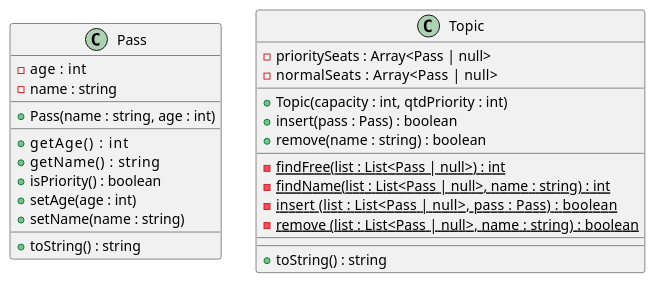
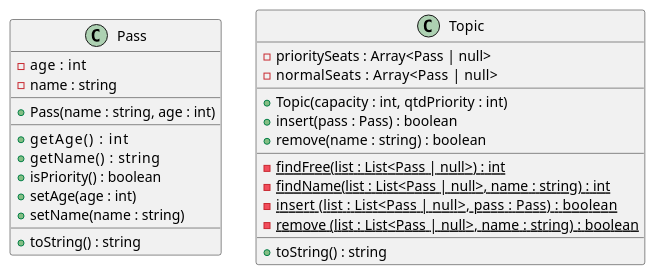
One commit to qxcodepoo/arcade changed the diagram in base/012/.cache/Readme.md. Above: the diagram before and after it, drawn with PlantUML. The commit also changed other lines of this file and 16 other files, not shown here.

````diff
--- a/base/012/.cache/Readme.md
+++ b/base/012/.cache/Readme.md
@@ -53,56 +53,57 @@
 ```plantuml
 class Pass {
   - age  : int
   - name : string
   __
   + Pass(name : string, age : int)
   __
   + getAge()     : int
   + getName()    : string
+  '
+  ' return true se o passageiro tem mais de 64 anos
   + isPriority() : boolean
   + setAge(age : int)
   + setName(name : string)
   __
   + toString() : string
 }
 
 class Topic {
   - prioritySeats : Array<Pass | null>
   - normalSeats   : Array<Pass | null>
   __
   '
   ' inicia prioritySeats com qtdPriority nulls
   ' inicia normalSeats com (capacity - qtdPriority) nulls
   + Topic(capacity : int, qtdPriority : int)
   '
   ' verifica se já está na topic
   ' utilize o método estático para realizar as inserções
   ' se for prioridade 
   '     tenta primeiro na prioridade, depois na normal
   ' se não for prioridade
   '     tenta primeiro na normal, depois na prioridade
   ' se nao conseguir
   '     avisa que esta lotado
   + insert(pass : Pass) : boolean
   ' 
   ' chama o método remover privado estático para 
   ' tentar remover de ambas as listas
   + remove(name : string) : boolean
   __
   '
   ' procura pela primeira posição vazia ou -1
   - findFree(list : List<Pass | null>) : int {static}
   '
   ' procura por nome nos elementos não nulos e retorna o indice ou -1 
   - findName(list : List<Pass | null>, name : string) : int {static}
   '
   ' usa o método findFree para encontrar a posição vazia e inserir o passageiro
   - insert  (list : List<Pass | null>, pass : Pass)   : boolean {static}
   '
   ' usa o método findName para encontrar o passageiro e remover
   - remove  (list : List<Pass | null>, name : string) : boolean {static}
   __
-  __
   + toString() : string
 }
 ```
````
